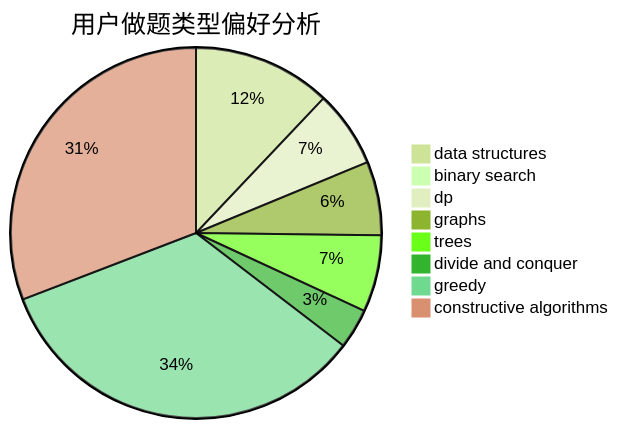
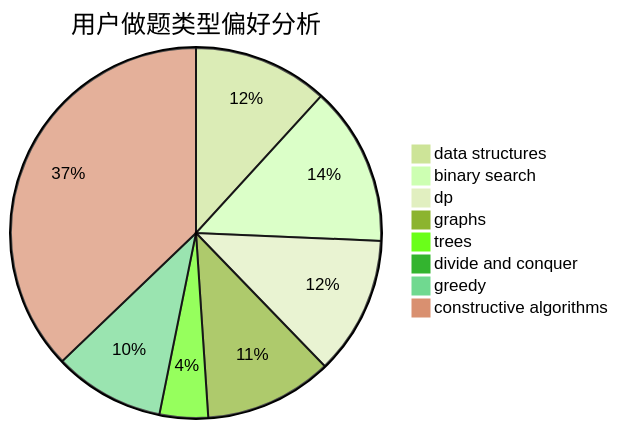
The second of 3 diagrams in docs/user/u2325.md (sherpahu/cfrs.github.io), drawn with Mermaid (forest theme) before and after one commit. The commit also changed other lines of this file and 2770 other files, not shown here.

````diff
--- a/docs/user/u2325.md
+++ b/docs/user/u2325.md
@@ -23,11 +23,11 @@
 ```mermaid
 pie title 用户做题类型偏好分析
-    "data structures" :  45
-    "binary search" :  0
-    "dp" :  25
-    "graphs" :  24
-    "trees" :  25
-    "divide and conquer" :  13
-    "greedy" :  126
-    "constructive algorithms" :  115
+    "data structures" :  39
+    "binary search" :  46
+    "dp" :  40
+    "graphs" :  37
+    "trees" :  14
+    "divide and conquer" :  0
+    "greedy" :  32
+    "constructive algorithms" :  123
 ```
````
